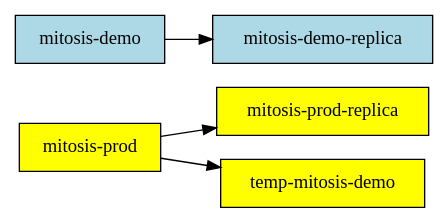
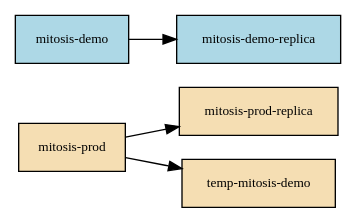
Before and after one commit to dgtized/stack-mitosis: the second of 7 diagrams in doc/examples.org, drawn with Graphviz. The commit also changed other lines of this file and 7 other files, not shown here.

```diff
--- a/doc/examples.org
+++ b/doc/examples.org
@@ -16,13 +16,13 @@
    #+begin_src dot :file img/copying-1.png
    digraph copying {
-       rankdir=LR; node [shape=box]
-       "mitosis-prod" [style=filled,fillcolor=yellow]
-       "mitosis-prod-replica" [style=filled,fillcolor=yellow]
+       rankdir=LR; node [shape=box,fontsize=10]
+       "mitosis-prod" [style=filled,fillcolor=wheat]
+       "mitosis-prod-replica" [style=filled,fillcolor=wheat]
        "mitosis-demo" [style=filled,fillcolor=lightblue]
        "mitosis-demo-replica" [style=filled,fillcolor=lightblue]
-       "temp-mitosis-demo" [style=filled,fillcolor=yellow]
+       "temp-mitosis-demo" [style=filled,fillcolor=wheat]
        "mitosis-prod" -> "mitosis-prod-replica"
        "mitosis-prod" -> "temp-mitosis-demo"
        "mitosis-demo" -> "mitosis-demo-replica"
    }
    #+end_src
```
